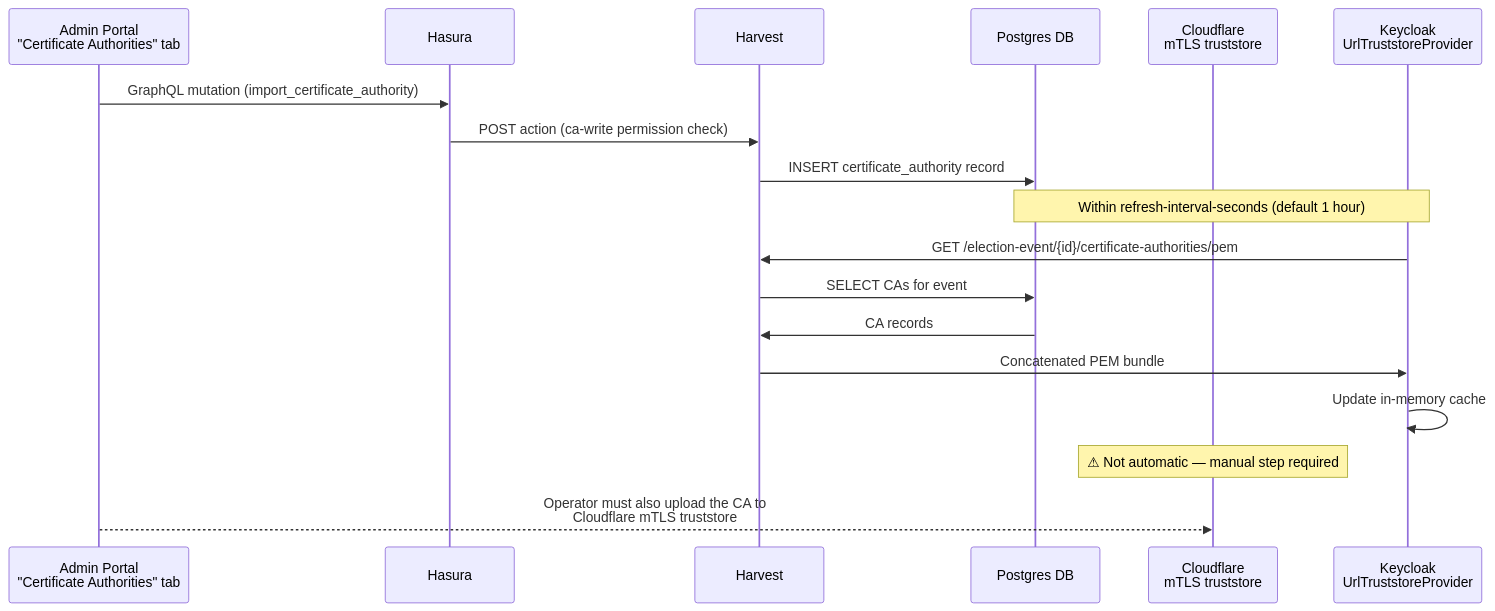
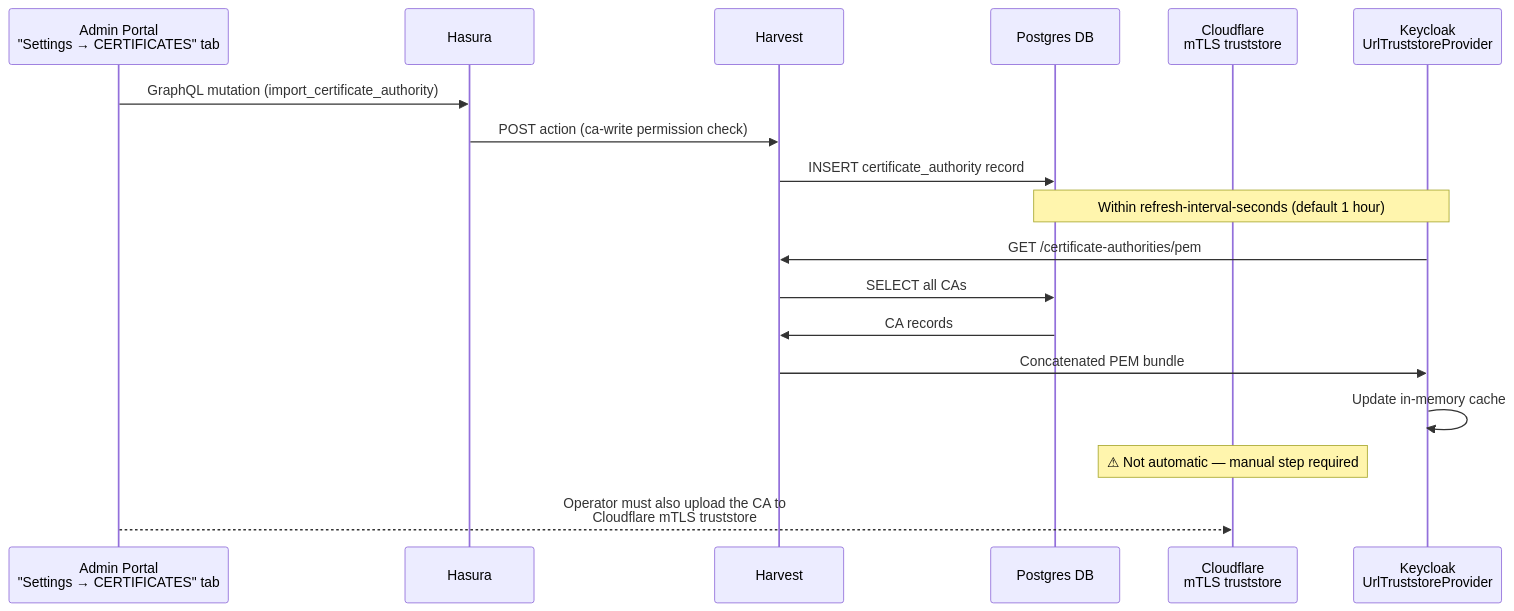
Before and after one commit to sequentech/step: the third of 3 diagrams in docs/docusaurus/docs/07-developers/06-keycloak/x509_client_cert_architecture.md, drawn with Mermaid. The commit also changed other lines of this file and 2 other files, not shown here.

````diff
--- a/docs/docusaurus/docs/07-developers/06-keycloak/x509_client_cert_architecture.md
+++ b/docs/docusaurus/docs/07-developers/06-keycloak/x509_client_cert_architecture.md
@@ -277,22 +274,22 @@
 ```mermaid
 sequenceDiagram
-    participant UI as Admin Portal<br/>"Certificate Authorities" tab
+    participant UI as Admin Portal<br/>"Settings → CERTIFICATES" tab
     participant Hasura as Hasura
     participant Harvest as Harvest
     participant DB as Postgres DB
     participant CF as Cloudflare<br/>mTLS truststore
     participant KC as Keycloak<br/>UrlTruststoreProvider
 
     UI->>Hasura: GraphQL mutation (import_certificate_authority)
     Hasura->>Harvest: POST action (ca-write permission check)
     Harvest->>DB: INSERT certificate_authority record
     Note over DB,KC: Within refresh-interval-seconds (default 1 hour)
-    KC->>Harvest: GET /election-event/{id}/certificate-authorities/pem
-    Harvest->>DB: SELECT CAs for event
+    KC->>Harvest: GET /certificate-authorities/pem
+    Harvest->>DB: SELECT all CAs
     DB->>Harvest: CA records
     Harvest->>KC: Concatenated PEM bundle
     KC->>KC: Update in-memory cache
 
     Note over CF: ⚠ Not automatic — manual step required
     UI-->>CF: Operator must also upload the CA to<br/>Cloudflare mTLS truststore
 ```
````
